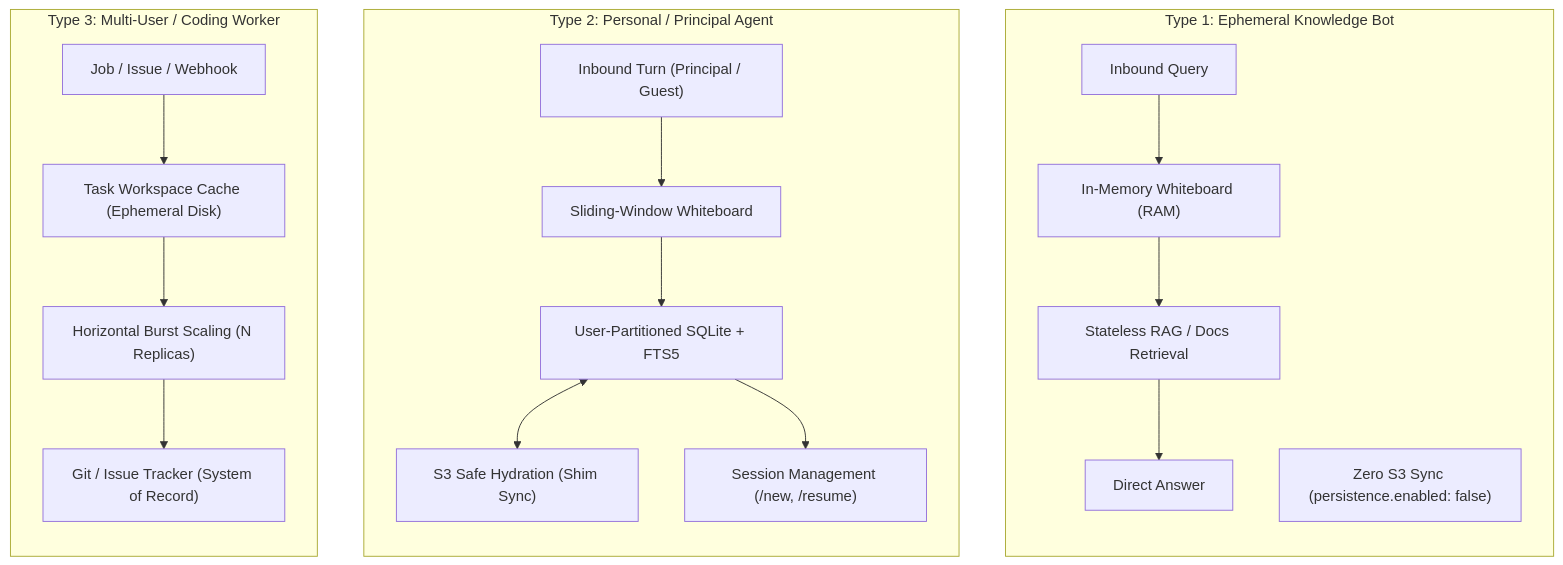
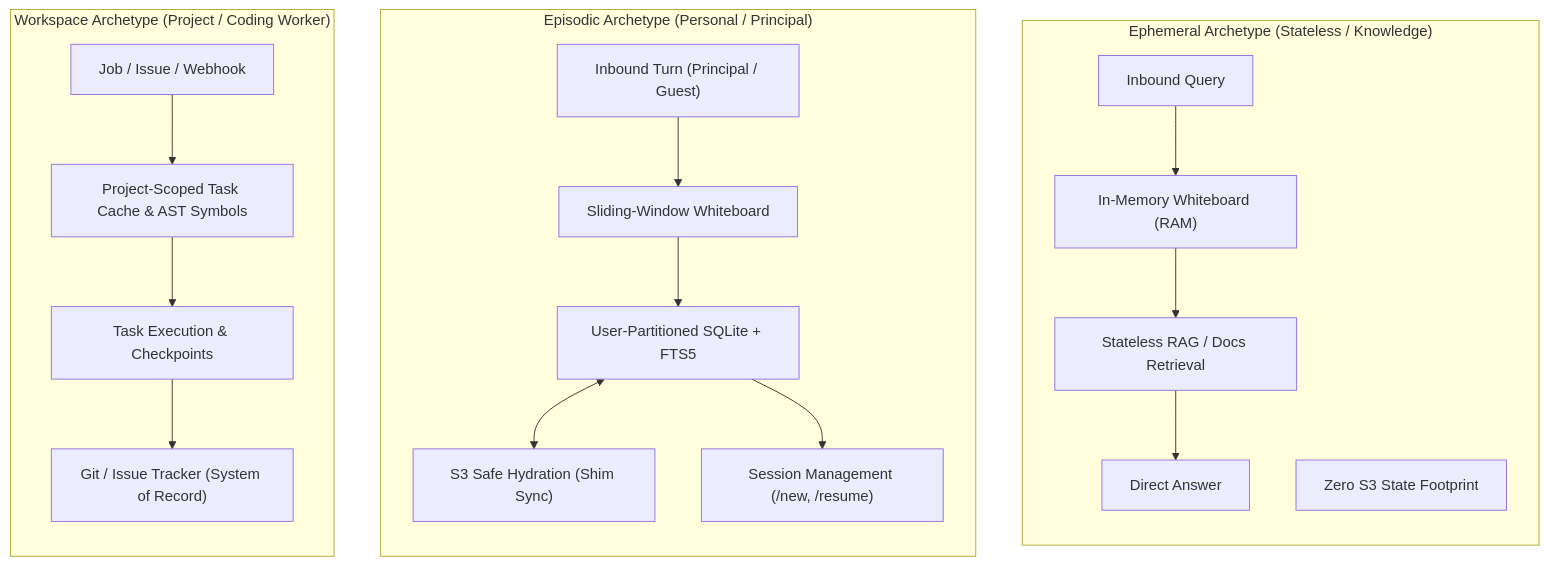
The first of 4 diagrams in docs/architecture/agent-memory-models.md (BeerCanLabs/agent-factory), drawn with Mermaid before and after one commit. The commit also changed other lines of this file and 12 other files, not shown here.

````diff
--- a/docs/architecture/agent-memory-models.md
+++ b/docs/architecture/agent-memory-models.md
@@ -26,25 +25,25 @@
 ```mermaid
 flowchart TD
-    subgraph Type1["Type 1: Ephemeral Knowledge Bot"]
+    subgraph Ephemeral["Ephemeral Archetype (Stateless / Knowledge)"]
         direction TB
         T1_In["Inbound Query"] --> T1_WB["In-Memory Whiteboard (RAM)"]
         T1_WB --> T1_RAG["Stateless RAG / Docs Retrieval"]
         T1_RAG --> T1_Out["Direct Answer"]
-        T1_Sync["Zero S3 Sync (persistence.enabled: false)"]
+        T1_Sync["Zero S3 State Footprint"]
     end
 
-    subgraph Type2["Type 2: Personal / Principal Agent"]
+    subgraph Episodic["Episodic Archetype (Personal / Principal)"]
         direction TB
         T2_In["Inbound Turn (Principal / Guest)"] --> T2_WB["Sliding-Window Whiteboard"]
         T2_WB --> T2_NB["User-Partitioned SQLite + FTS5"]
         T2_NB <--> T2_Safe["S3 Safe Hydration (Shim Sync)"]
         T2_NB --> T2_Intents["Session Management (/new, /resume)"]
     end
 
-    subgraph Type3["Type 3: Multi-User / Coding Worker"]
+    subgraph Workspace["Workspace Archetype (Project / Coding Worker)"]
         direction TB
-        T3_In["Job / Issue / Webhook"] --> T3_Scratch["Task Workspace Cache (Ephemeral Disk)"]
-        T3_Scratch --> T3_Burst["Horizontal Burst Scaling (N Replicas)"]
-        T3_Burst --> T3_SoR["Git / Issue Tracker (System of Record)"]
+        T3_In["Job / Issue / Webhook"] --> T3_Scratch["Project-Scoped Task Cache & AST Symbols"]
+        T3_Scratch --> T3_Queue["Task Execution & Checkpoints"]
+        T3_Queue --> T3_SoR["Git / Issue Tracker (System of Record)"]
     end
 ```
````
